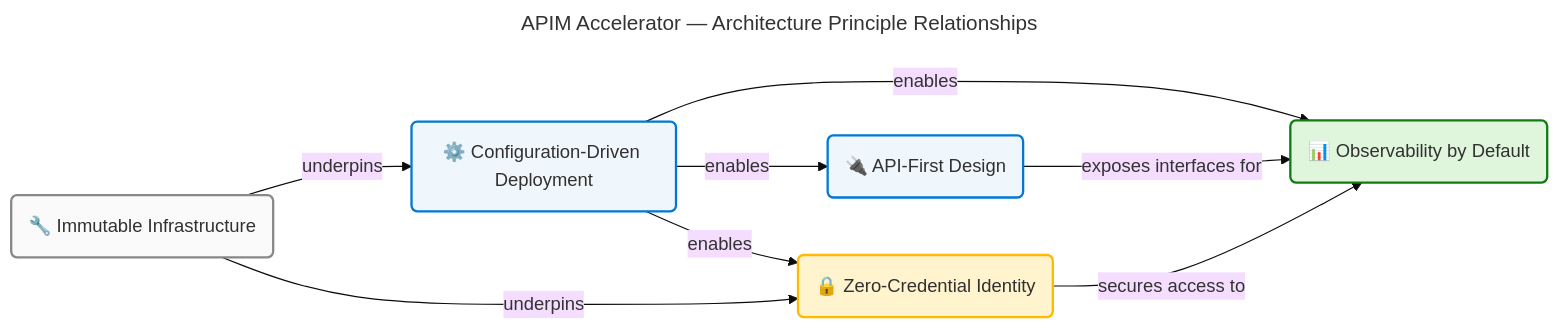
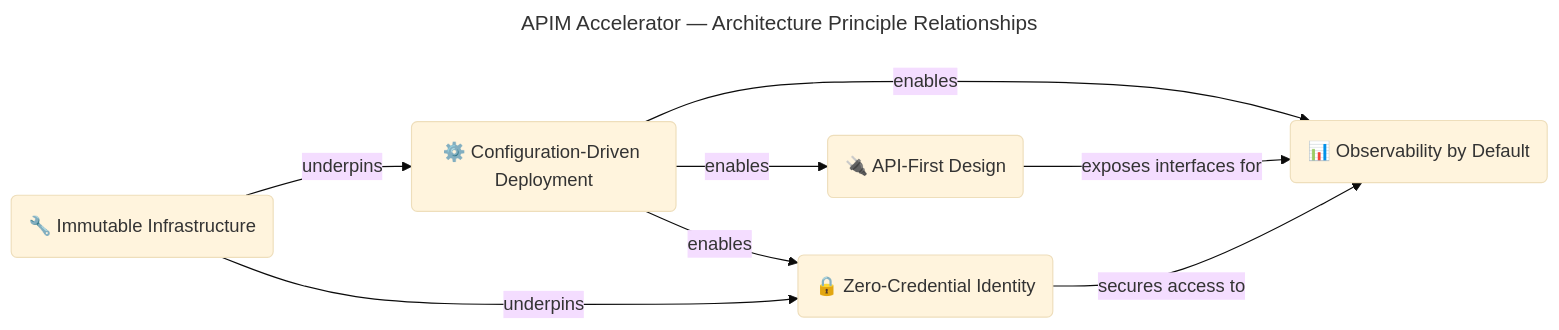
The fourth of 8 diagrams in docs/architecture/application-architecture.md (Evilazaro/APIM-Accelerator), drawn with Mermaid before and after one commit. The commit also changed other lines of this file and 2 other files, not shown here.

Commit message:
style: remove redundant comments and streamline flowchart styles for clarity in architecture documentation

````diff
--- a/docs/architecture/application-architecture.md
+++ b/docs/architecture/application-architecture.md
@@ -406,46 +354,33 @@
 ```mermaid
 ---
 title: "APIM Accelerator — Architecture Principle Relationships"
 config:
   theme: base
   look: classic
   layout: dagre
   themeVariables:
     fontSize: '16px'
   flowchart:
     htmlLabels: true
 ---
 flowchart LR
     accTitle: Architecture Principle Relationship Diagram
     accDescr: Flowchart showing how the five architecture principles relate to each other and to the application outcomes they enable
 
-    %% ═══════════════════════════════════════════════════════════════════════════
-    %% AZURE / FLUENT ARCHITECTURE PATTERN v1.1
-    %% (Semantic + Structural + Font + Accessibility Governance)
-    %% ═══════════════════════════════════════════════════════════════════════════
-    %% PHASE 1 - FLUENT UI: All styling uses approved Fluent UI palette only
-    %% PHASE 2 - GROUPS: Every subgraph has semantic color via style directive
-    %% PHASE 3 - COMPONENTS: Every node has semantic classDef + icon prefix
-    %% PHASE 4 - ACCESSIBILITY: accTitle/accDescr present, WCAG AA contrast
-    %% PHASE 5 - STANDARD: Governance block present, classDefs centralized
-    %% ═══════════════════════════════════════════════════════════════════════════
 
     P1("🔌 API-First Design"):::core
     P2("🔒 Zero-Credential Identity"):::warning
     P3("📊 Observability by Default"):::success
     P4("⚙️ Configuration-Driven Deployment"):::core
     P5("🔧 Immutable Infrastructure"):::neutral
 
     P4 -->|"enables"| P1
     P4 -->|"enables"| P2
     P4 -->|"enables"| P3
     P1 -->|"exposes interfaces for"| P3
     P2 -->|"secures access to"| P3
     P5 -->|"underpins"| P4
     P5 -->|"underpins"| P2
 
-    classDef core fill:#EFF6FC,stroke:#0078D4,stroke-width:2px,color:#323130
-    classDef warning fill:#FFF4CE,stroke:#FFB900,stroke-width:2px,color:#323130
-    classDef success fill:#DFF6DD,stroke:#107C10,stroke-width:2px,color:#323130
-    classDef neutral fill:#FAFAFA,stroke:#8A8886,stroke-width:2px,color:#323130
+
 ```
````
